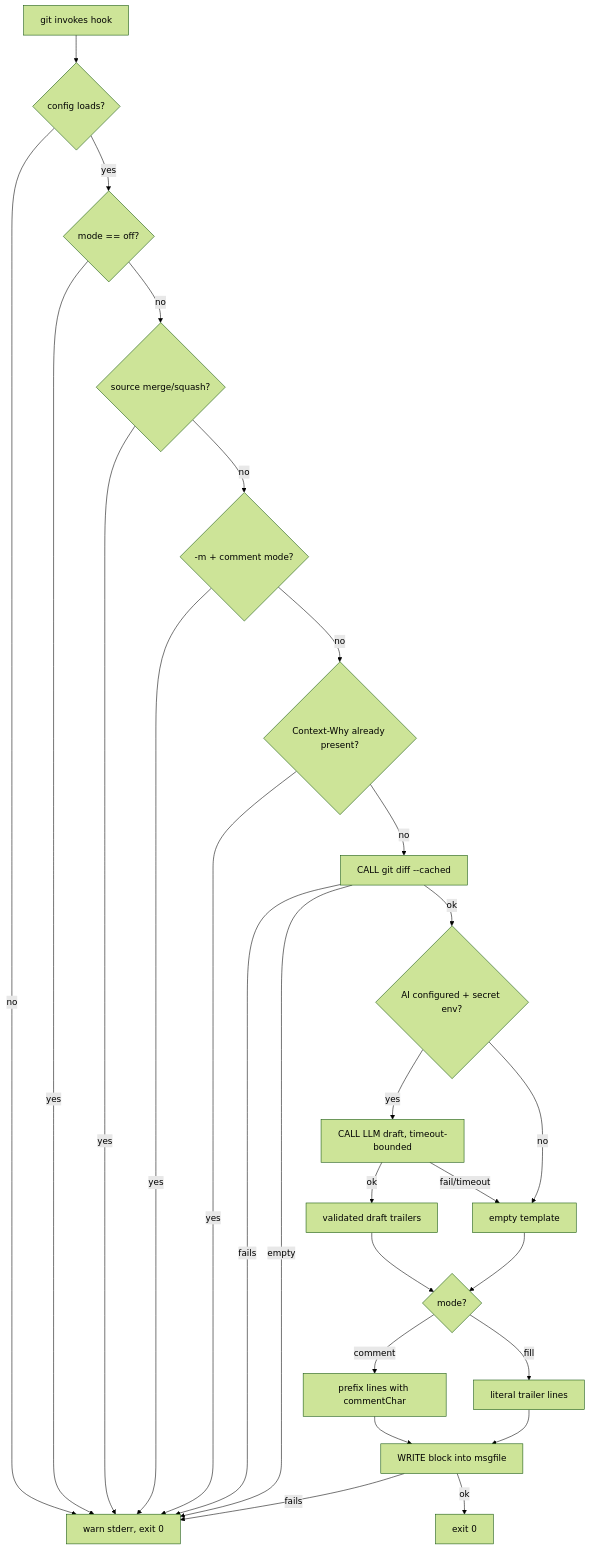
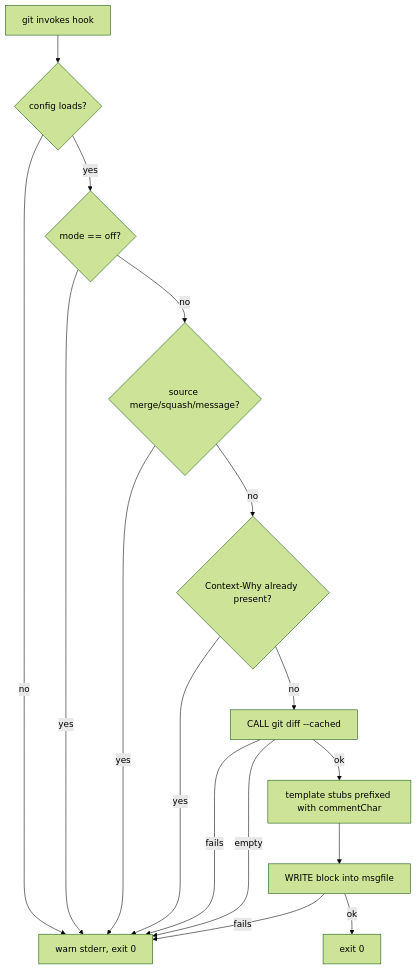
One commit to tae2089/context-diary changed the diagram in docs/cli-design.md. Above: the diagram before and after it, drawn with Mermaid (forest theme). The commit also changed other lines of this file and 16 other files, not shown here.

First line of the commit message:
feat: implement context-diary CLI with agent-delegated trailer authoring

````diff
--- a/docs/cli-design.md
+++ b/docs/cli-design.md
@@ -120,29 +144,18 @@
 ```mermaid
 flowchart TD
     A[git invokes hook] --> B{config loads?}
     B -- no --> Z0[warn stderr, exit 0]
     B -- yes --> C{mode == off?}
     C -- yes --> Z0
-    C -- no --> D{source merge/squash?}
+    C -- no --> D{source merge/squash/message?}
     D -- yes --> Z0
-    D -- no --> E{"-m + comment mode?"}
-    E -- yes --> Z0
-    E -- no --> F{Context-Why already present?}
+    D -- no --> F{Context-Why already present?}
     F -- yes --> Z0
     F -- no --> G[CALL git diff --cached]
     G -- fails --> Z0
     G -- empty --> Z0
-    G -- ok --> H{AI configured + secret env?}
-    H -- yes --> I[CALL LLM draft, timeout-bounded]
-    I -- ok --> K[validated draft trailers]
-    I -- fail/timeout --> J[empty template]
-    H -- no --> J
-    K --> L{mode?}
-    J --> L
-    L -- comment --> M[prefix lines with commentChar]
-    L -- fill --> N[literal trailer lines]
+    G -- ok --> M[template stubs prefixed with commentChar]
     M --> O[WRITE block into msgfile]
-    N --> O
     O -- fails --> Z0
     O -- ok --> Z1[exit 0]
 ```
````
